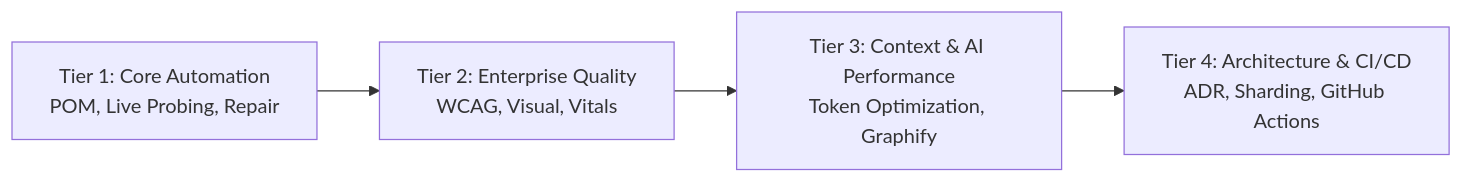
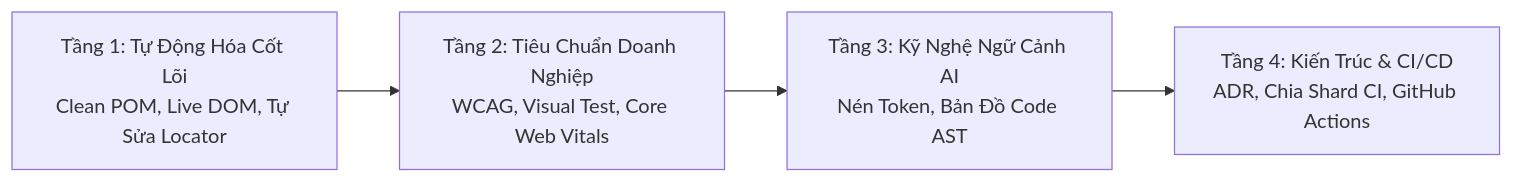
The second of 3 diagrams in docs/ARCHITECTURE.md (TeeVee98/Synapse-Hub), drawn with Mermaid before and after one commit. The commit also changed other lines of this file and 12 other files, not shown here.

Commit message:
docs: add bilingual Vietnamese and English documentation across architecture and guides

````diff
--- a/docs/ARCHITECTURE.md
+++ b/docs/ARCHITECTURE.md
@@ -43,6 +46,6 @@
 ```mermaid
 flowchart LR
-    T1["Tier 1: Core Automation<br/>POM, Live Probing, Repair"] --> T2["Tier 2: Enterprise Quality<br/>WCAG, Visual, Vitals"]
-    T2 --> T3["Tier 3: Context & AI Performance<br/>Token Optimization, Graphify"]
-    T3 --> T4["Tier 4: Architecture & CI/CD<br/>ADR, Sharding, GitHub Actions"]
+    T1["Tầng 1: Tự Động Hóa Cốt Lõi<br/>Clean POM, Live DOM, Tự Sửa Locator"] --> T2["Tầng 2: Tiêu Chuẩn Doanh Nghiệp<br/>WCAG, Visual Test, Core Web Vitals"]
+    T2 --> T3["Tầng 3: Kỹ Nghệ Ngữ Cảnh AI<br/>Nén Token, Bản Đồ Code AST"]
+    T3 --> T4["Tầng 4: Kiến Trúc & CI/CD<br/>ADR, Chia Shard CI, GitHub Actions"]
 ```
````
